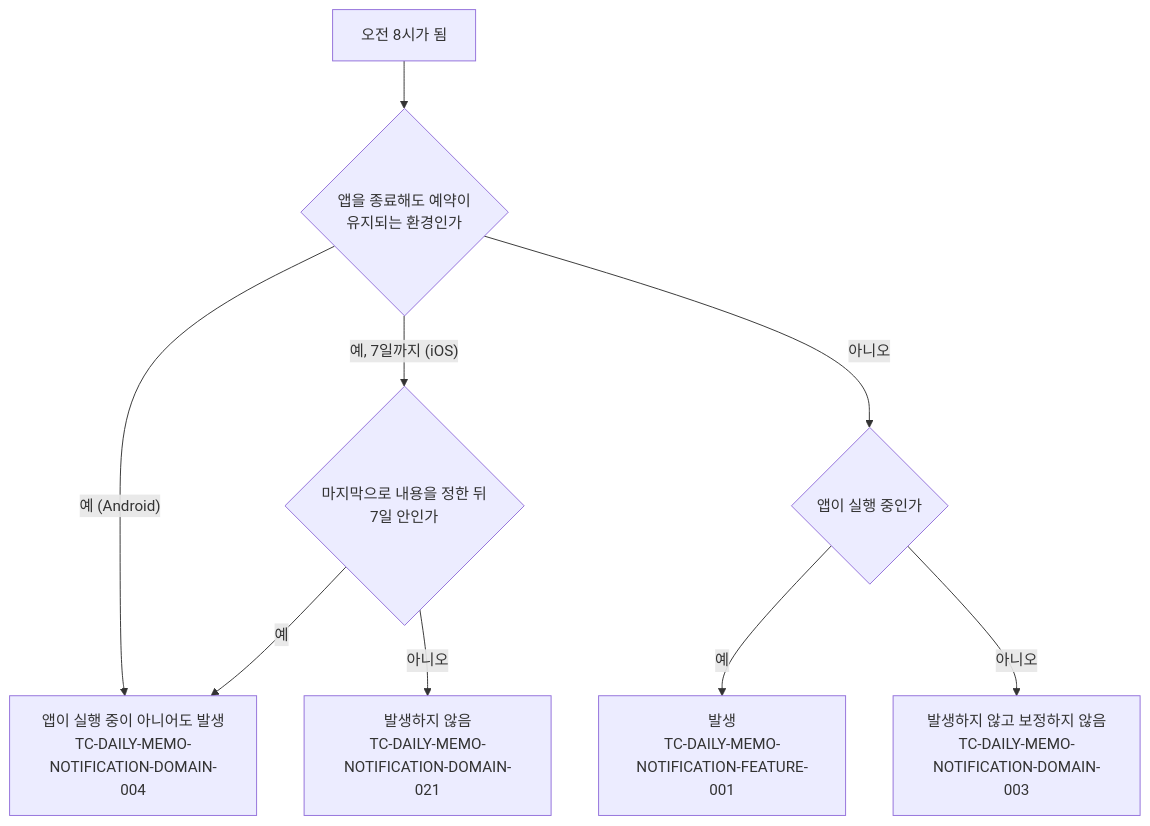
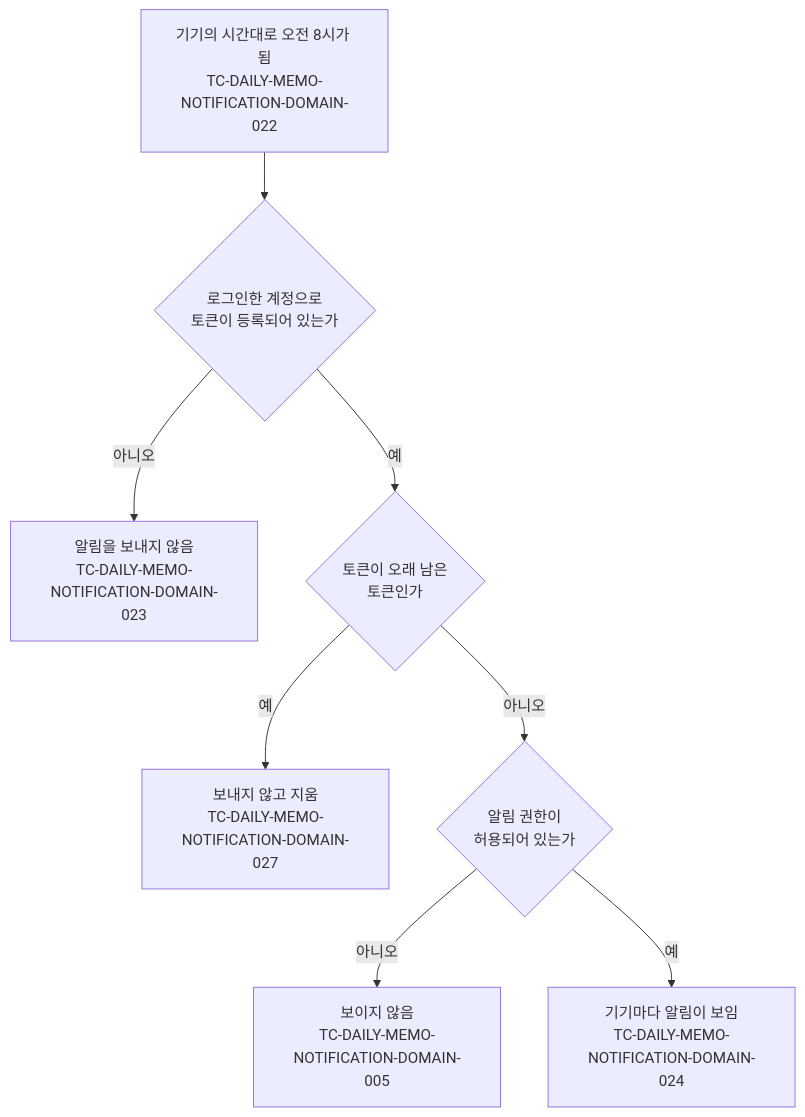
The second of 2 diagrams in docs/testcase/daily-memo-notification.md (taetae98coding/DiaryKMP), drawn with Mermaid before and after one commit. The commit also changed other lines of this file and 5 other files, not shown here.

````diff
--- a/docs/testcase/daily-memo-notification.md
+++ b/docs/testcase/daily-memo-notification.md
@@ -78,11 +79,10 @@
 ```mermaid
 flowchart TD
-    Start["오전 8시가 됨"] --> Keep{"앱을 종료해도 예약이<br/>유지되는 환경인가"}
-    Keep -- "예 (Android)" --> Kept["앱이 실행 중이 아니어도 발생<br/>TC-DAILY-MEMO-NOTIFICATION-DOMAIN-004"]
-    Keep -- "예, 7일까지 (iOS)" --> Within{"마지막으로 내용을 정한 뒤<br/>7일 안인가"}
-    Within -- 예 --> Kept
-    Within -- 아니오 --> Expired["발생하지 않음<br/>TC-DAILY-MEMO-NOTIFICATION-DOMAIN-021"]
-    Keep -- 아니오 --> Running{"앱이 실행 중인가"}
-    Running -- 예 --> Notify["발생<br/>TC-DAILY-MEMO-NOTIFICATION-FEATURE-001"]
-    Running -- 아니오 --> Skip["발생하지 않고 보정하지 않음<br/>TC-DAILY-MEMO-NOTIFICATION-DOMAIN-003"]
+    Start["기기의 시간대로 오전 8시가 됨<br/>TC-DAILY-MEMO-NOTIFICATION-DOMAIN-022"] --> Token{"로그인한 계정으로<br/>토큰이 등록되어 있는가"}
+    Token -- 아니오 --> Skip["알림을 보내지 않음<br/>TC-DAILY-MEMO-NOTIFICATION-DOMAIN-023"]
+    Token -- 예 --> Stale{"토큰이 오래 남은<br/>토큰인가"}
+    Stale -- 예 --> Purge["보내지 않고 지움<br/>TC-DAILY-MEMO-NOTIFICATION-DOMAIN-027"]
+    Stale -- 아니오 --> Permission{"알림 권한이<br/>허용되어 있는가"}
+    Permission -- 아니오 --> Hidden["보이지 않음<br/>TC-DAILY-MEMO-NOTIFICATION-DOMAIN-005"]
+    Permission -- 예 --> Notify["기기마다 알림이 보임<br/>TC-DAILY-MEMO-NOTIFICATION-DOMAIN-024"]
 ```
````
